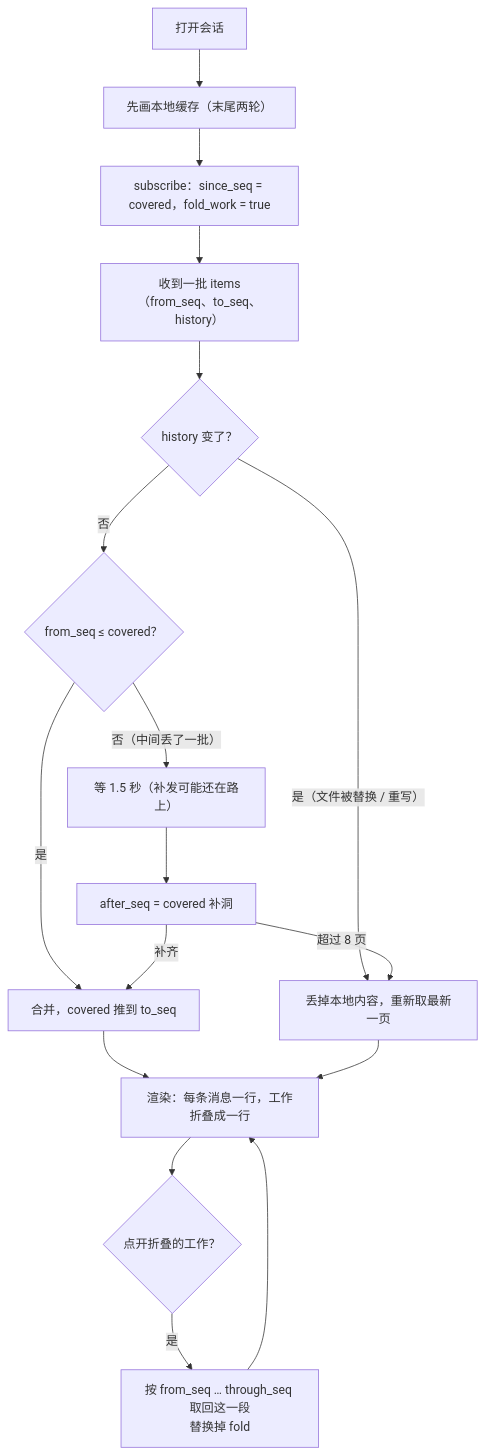
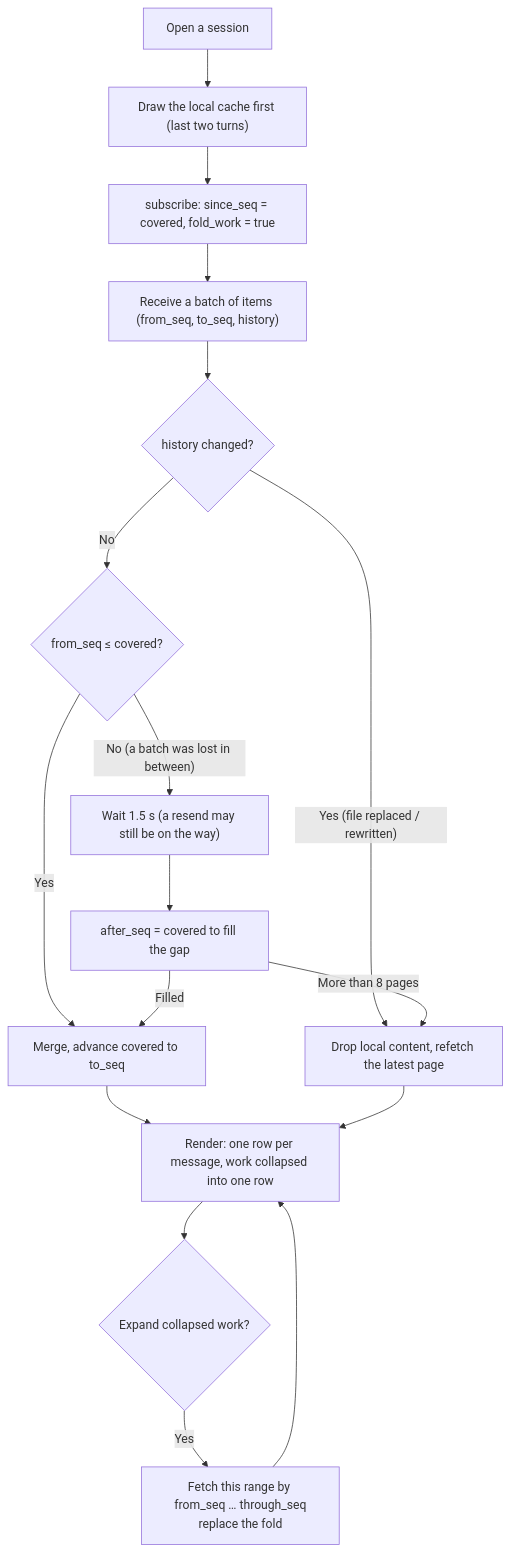
One commit to 413180794/persona changed diagram 11 of 15 in docs/redesign/flows.md. Above: the diagram before and after it, drawn with Mermaid. The commit also changed other lines of this file and 6 other files, not shown here.

````diff
--- a/docs/redesign/flows.md
+++ b/docs/redesign/flows.md
@@ -277,19 +277,19 @@
 ```mermaid
 flowchart TD
-  O["打开会话"] --> C["先画本地缓存（末尾两轮）"]
-  C --> Sub["subscribe：since_seq = covered，fold_work = true"]
-  Sub --> B["收到一批 items（from_seq、to_seq、history）"]
-  B --> H{"history 变了？"}
-  H -- "是（文件被替换 / 重写）" --> RE["丢掉本地内容，重新取最新一页"]
-  H -- "否" --> G{"from_seq ≤ covered？"}
-  G -- "是" --> M["合并，covered 推到 to_seq"]
-  G -- "否（中间丢了一批）" --> W["等 1.5 秒（补发可能还在路上）"]
-  W --> F["after_seq = covered 补洞"]
-  F -- "补齐" --> M
-  F -- "超过 8 页" --> RE
-  M --> V["渲染：每条消息一行，工作折叠成一行"]
+  O["Open a session"] --> C["Draw the local cache first (last two turns)"]
+  C --> Sub["subscribe: since_seq = covered, fold_work = true"]
+  Sub --> B["Receive a batch of items (from_seq, to_seq, history)"]
+  B --> H{"history changed?"}
+  H -- "Yes (file replaced / rewritten)" --> RE["Drop local content, refetch the latest page"]
+  H -- "No" --> G{"from_seq ≤ covered?"}
+  G -- "Yes" --> M["Merge, advance covered to to_seq"]
+  G -- "No (a batch was lost in between)" --> W["Wait 1.5 s (a resend may still be on the way)"]
+  W --> F["after_seq = covered to fill the gap"]
+  F -- "Filled" --> M
+  F -- "More than 8 pages" --> RE
+  M --> V["Render: one row per message, work collapsed into one row"]
   RE --> V
-  V --> E{"点开折叠的工作？"}
-  E -- "是" --> FW["按 from_seq … through_seq 取回这一段<br/>替换掉 fold"]
+  V --> E{"Expand collapsed work?"}
+  E -- "Yes" --> FW["Fetch this range by from_seq … through_seq<br/>replace the fold"]
   FW --> V
 ```
````
